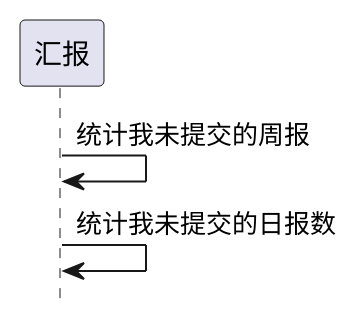
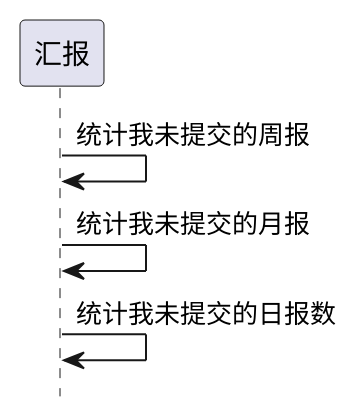
Before and after one commit to zj335841911/nt_chandao: the first of 2 diagrams in ibizpms-docs/src/main/doc/v1/module/report/IbzReport_old.md, drawn with PlantUML. The commit also changed other lines of this file and 11 other files, not shown here.

```diff
--- a/ibizpms-docs/src/main/doc/v1/module/report/IbzReport_old.md
+++ b/ibizpms-docs/src/main/doc/v1/module/report/IbzReport_old.md
@@ -99,6 +99,7 @@
 {% plantuml %}
 hide footbox
 
 汇报 -> 汇报: 统计我未提交的周报
+汇报 -> 汇报: 统计我未提交的月报
 汇报 -> 汇报: 统计我未提交的日报数
 {% endplantuml %}
```
